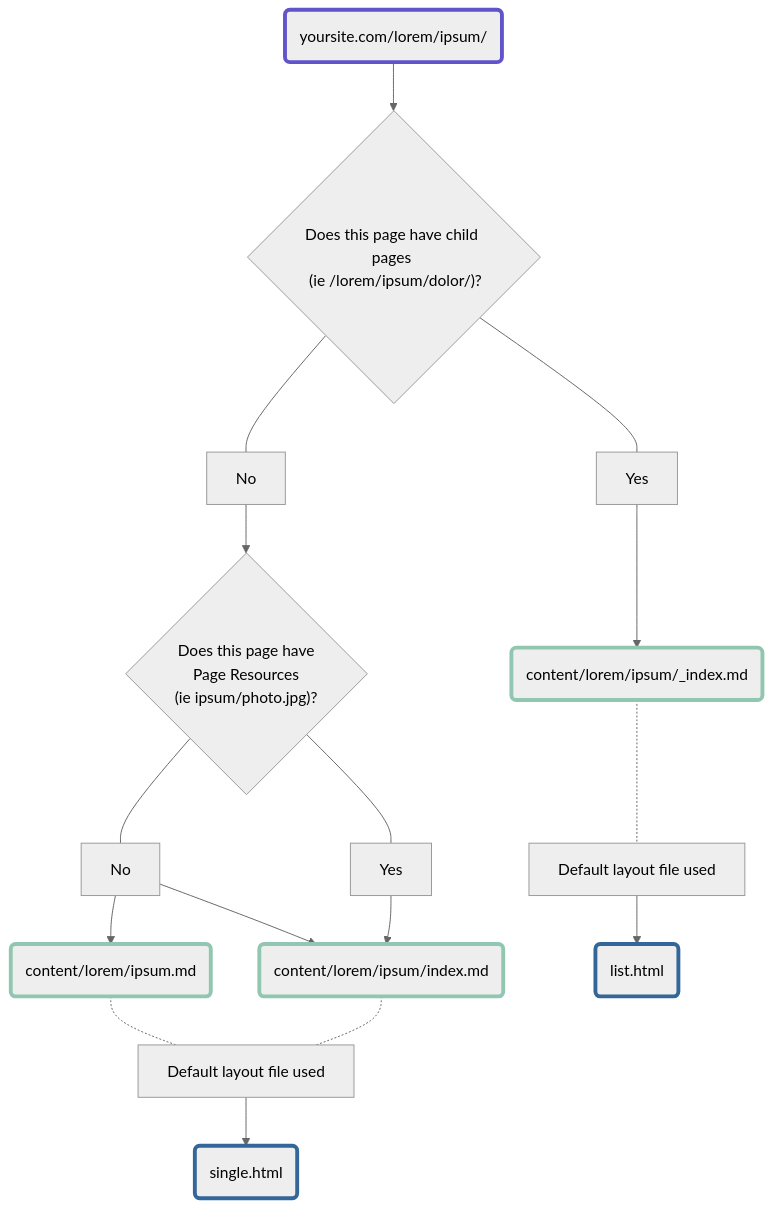
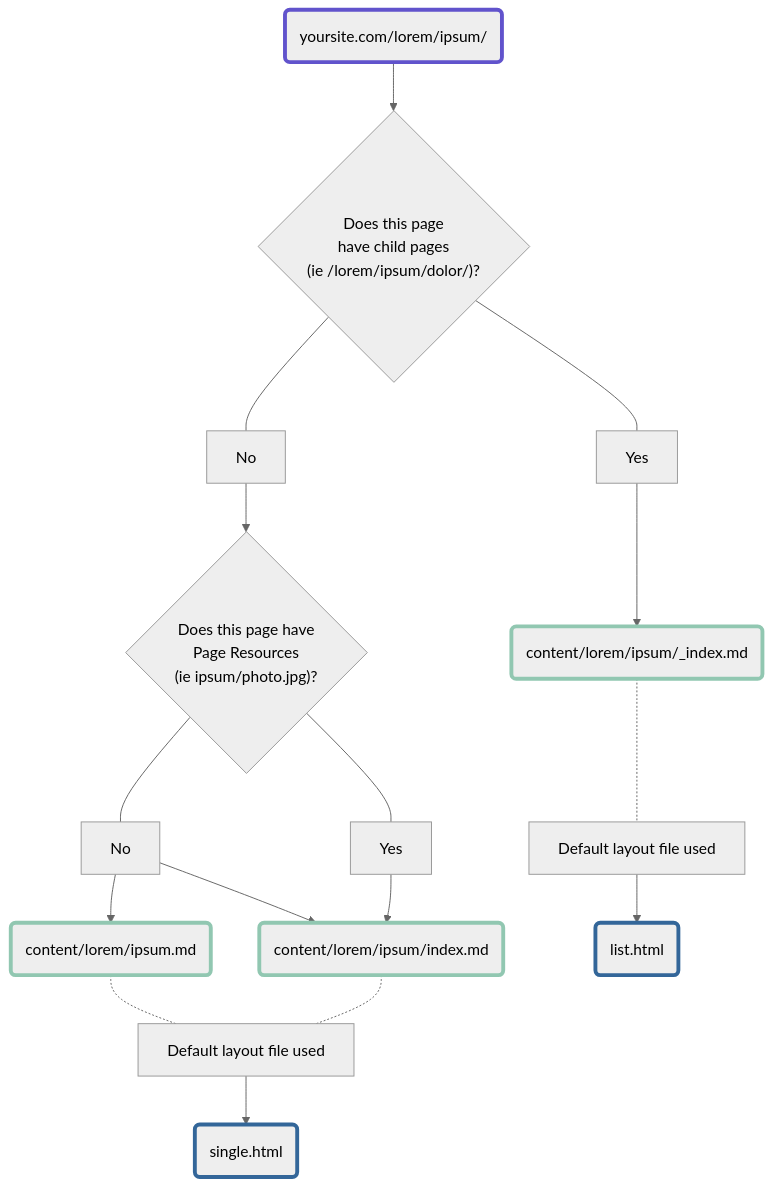
Before and after one commit to pointyfar/hugo-content-naming-layouts: the second of 2 diagrams in content/single-vs-list.md, drawn with Mermaid (neutral theme). The commit also changed other lines of this file and 3 other files, not shown here.

```diff
--- a/content/single-vs-list.md
+++ b/content/single-vs-list.md
@@ -68,45 +68,45 @@
 {{<mermaid>}}
 graph TD
     A("yoursite.com/lorem/ipsum/") --> C
     
-    C{"Does this page have child pages <br/> (ie /lorem/ipsum/dolor/)?<br/>"}
+    C{"Does this page <br/>have child pages <br/> (ie /lorem/ipsum/dolor/)?<br/>"}
     C --- D[Yes]
     C --- E[No]
         E --> F
 
         F{"Does this page have <br> Page Resources <br/> (ie ipsum/photo.jpg)?"}
         F ---G
         F ---H
 
             G["No"] --> indexmd
             G["No"] --> ipsummd
 
             H["Yes"] --> indexmd
 
             indexmd("content/lorem/ipsum/index.md")
             ipsummd("content/lorem/ipsum.md")
 
     ipsummd -.- slayout
     indexmd -.- slayout
 
     slayout["Default layout file used"]
     slayout --> single("single.html")
 
 
     D --> lindex("content/lorem/ipsum/_index.md")
 
     lindex -.- llayout["Default layout file used"]
     llayout --> list("list.html")
 
     click indexmd "/colors/yellow/" "Example"
     click ipsummd "/colors/green/" "Example"
     click lindex "/colors/" "Example"
 
     style A stroke-width:4px, stroke:#6153CC;
     style indexmd stroke-width:4px, stroke:#91C7B1;
     style ipsummd stroke-width:4px, stroke:#91C7B1;
     style lindex stroke-width:4px, stroke:#91C7B1;
     style single stroke-width:4px, stroke:#336699;
     style list stroke-width:4px, stroke:#336699;
 
 {{</mermaid>}}
```
